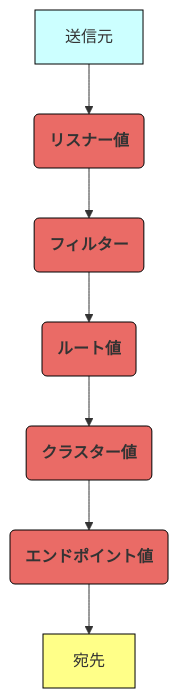
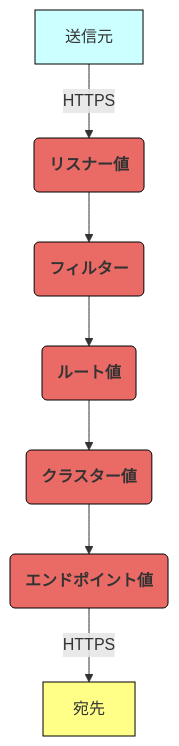
Before and after one commit to hiroki-it/hatenablog: the fourth of 4 diagrams in dist/entry/2024/01/08/161432.md, drawn with Mermaid. The commit also changed other lines of this file, not shown here.

````diff
--- a/dist/entry/2024/01/08/161432.md
+++ b/dist/entry/2024/01/08/161432.md
@@ -295,18 +295,18 @@
 ```mermaid
 flowchart TD
-    送信元 --> リスナー値
+    送信元 -- HTTPS --> リスナー値
     リスナー値(リスナー値) --> フィルター
     フィルター(フィルター) --> ルート値
     ルート値(ルート値) --> クラスター値
     クラスター値(クラスター値) --> エンドポイント値
-    エンドポイント値(エンドポイント値) --> 宛先
+    エンドポイント値(エンドポイント値) -- HTTPS --> 宛先
 
     classDef sly fill :#CCFFFF, stroke: black;
     class 送信元 sly
 
     classDef yellow fill :#FFFF88, stroke: black;
     class 宛先 yellow
 
     classDef red fill :#EA6B66, font-weight :bold, stroke: black;
     class リスナー値,フィルター,ルート値,クラスター値,エンドポイント値 red
 ```
````
